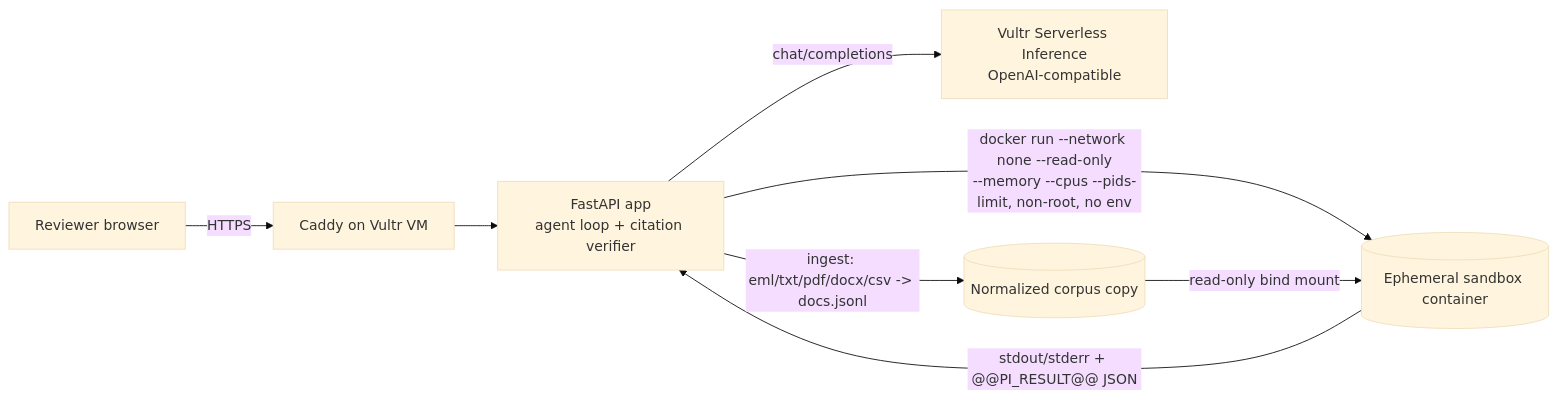
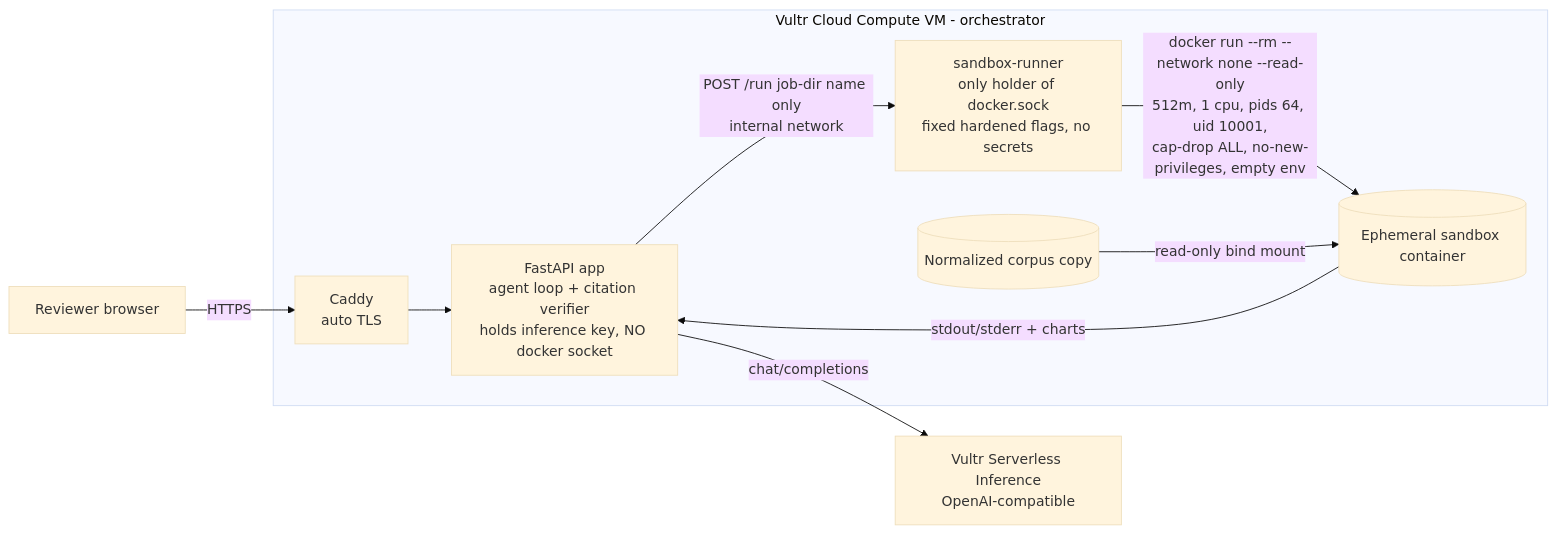
One commit to banksythequantLab/prove-it-ediscovery changed the diagram in README.md. Above: the diagram before and after it, drawn with Mermaid (base theme). The commit also changed other lines of this file and 12 other files, not shown here.

Commit message:
Isolate Docker socket in internal sandbox-runner; README architecture + known limitations; deploy defaults

````diff
--- a/README.md
+++ b/README.md
@@ -19,10 +21,12 @@
 ```mermaid
 flowchart LR
-  U[Reviewer browser] -->|HTTPS| C[Caddy on Vultr VM]
-  C --> A[FastAPI app<br/>agent loop + citation verifier]
+  U[Reviewer browser] -->|HTTPS| C[Caddy<br/>auto TLS]
+  subgraph VM[Vultr Cloud Compute VM - orchestrator]
+    C --> A[FastAPI app<br/>agent loop + citation verifier<br/>holds inference key, NO docker socket]
+    A -->|POST /run job-dir name only<br/>internal network| R[sandbox-runner<br/>only holder of docker.sock<br/>fixed hardened flags, no secrets]
+    R -->|docker run --rm --network none --read-only<br/>512m, 1 cpu, pids 64, uid 10001,<br/>cap-drop ALL, no-new-privileges, empty env| S[(Ephemeral sandbox container)]
+    N[(Normalized corpus copy)] -->|read-only bind mount| S
+    S -->|stdout/stderr + charts| A
+  end
   A -->|chat/completions| V[Vultr Serverless Inference<br/>OpenAI-compatible]
-  A -->|docker run --network none --read-only<br/>--memory --cpus --pids-limit, non-root, no env| S[(Ephemeral sandbox container)]
-  S -->|stdout/stderr + @@PI_RESULT@@ JSON| A
-  A -->|ingest: eml/txt/pdf/docx/csv -> docs.jsonl| N[(Normalized corpus copy)]
-  N -->|read-only bind mount| S
 ```
````
